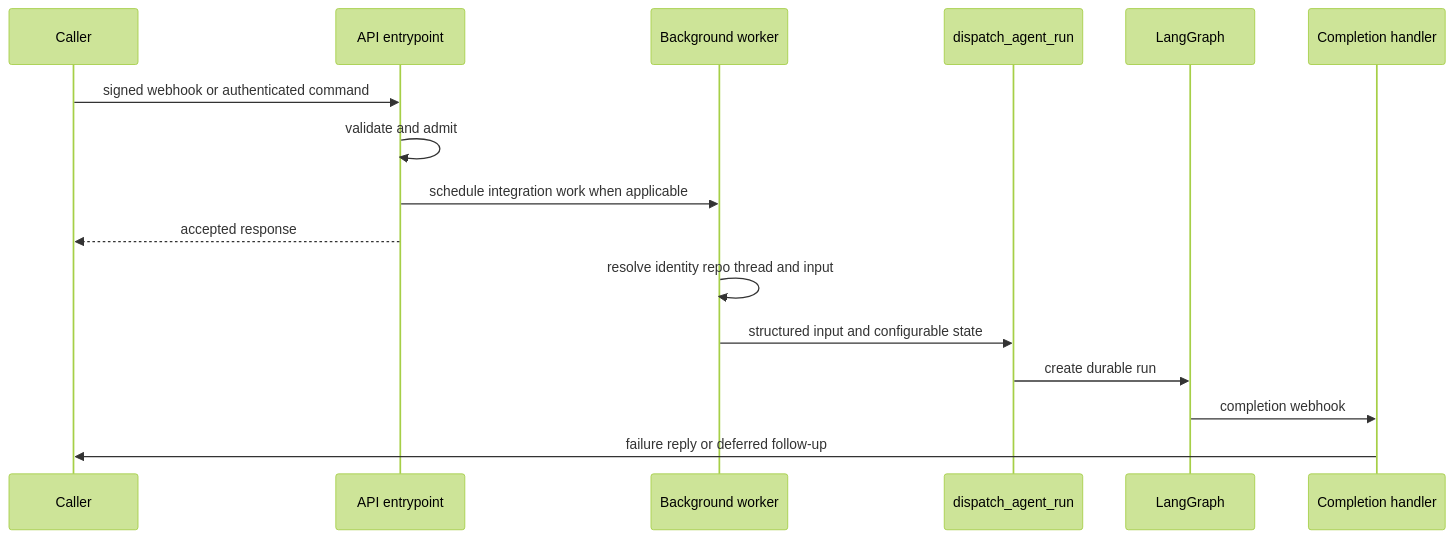
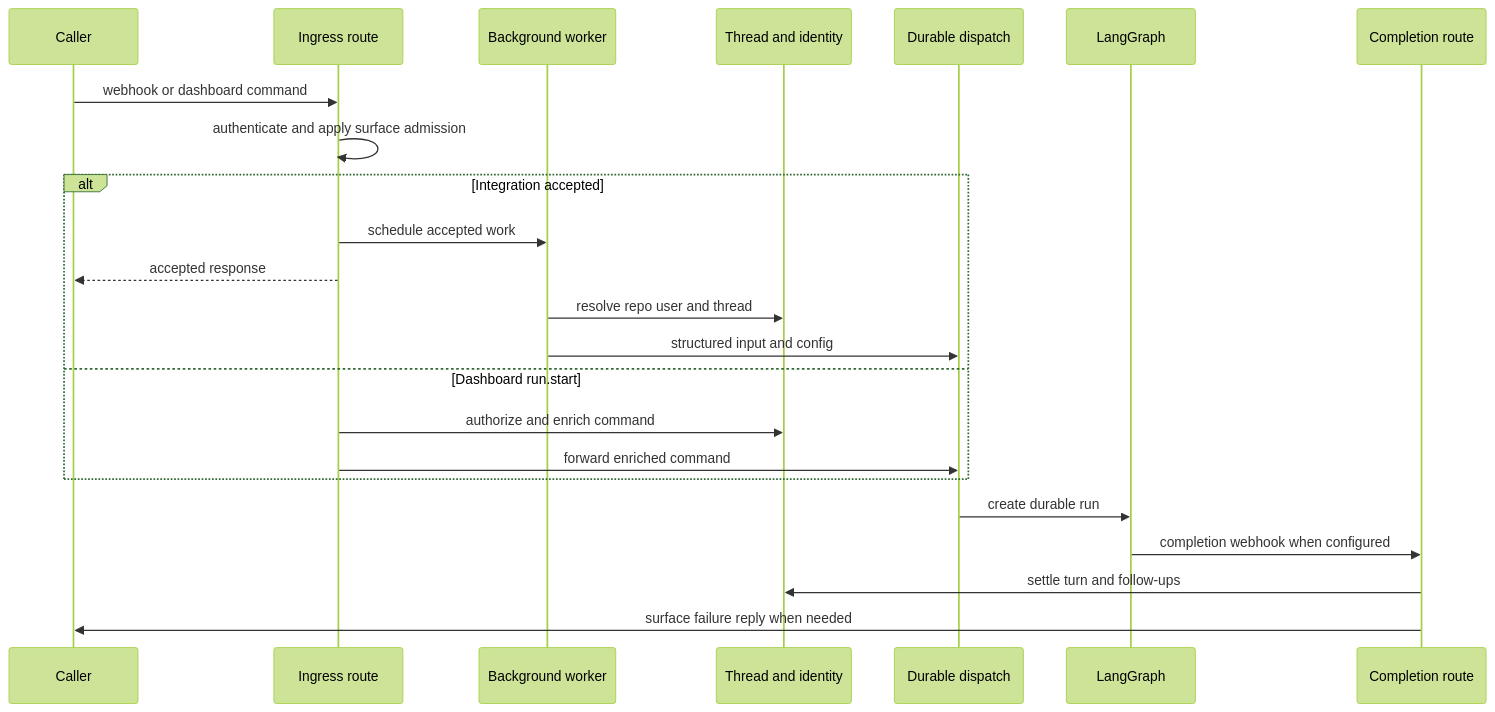
Before and after one commit to langchain-ai/open-swe: the diagram in openwiki/workflows/invocation.md, drawn with Mermaid (forest theme). The commit also changed other lines of this file and 51 other files, not shown here.

````diff
--- a/openwiki/workflows/invocation.md
+++ b/openwiki/workflows/invocation.md
@@ -51,19 +55,26 @@
 ```mermaid
 sequenceDiagram
     participant Caller
-    participant Entry as API entrypoint
+    participant Route as Ingress route
     participant Worker as Background worker
-    participant Dispatch as dispatch_agent_run
-    participant LG as LangGraph
-    participant Complete as Completion handler
+    participant Thread as Thread and identity
+    participant Dispatch as Durable dispatch
+    participant Graph as LangGraph
+    participant Complete as Completion route
 
-    Caller->>Entry: signed webhook or authenticated command
-    Entry->>Entry: validate and admit
-    Entry->>Worker: schedule integration work when applicable
-    Entry-->>Caller: accepted response
-    Worker->>Worker: resolve identity repo thread and input
-    Worker->>Dispatch: structured input and configurable state
-    Dispatch->>LG: create durable run
-    LG->>Complete: completion webhook
-    Complete->>Caller: failure reply or deferred follow-up
+    Caller->>Route: webhook or dashboard command
+    Route->>Route: authenticate and apply surface admission
+    alt Integration accepted
+        Route->>Worker: schedule accepted work
+        Route-->>Caller: accepted response
+        Worker->>Thread: resolve repo user and thread
+        Worker->>Dispatch: structured input and config
+    else Dashboard run.start
+        Route->>Thread: authorize and enrich command
+        Route->>Dispatch: forward enriched command
+    end
+    Dispatch->>Graph: create durable run
+    Graph->>Complete: completion webhook when configured
+    Complete->>Thread: settle turn and follow-ups
+    Complete->>Caller: surface failure reply when needed
 ```
````
